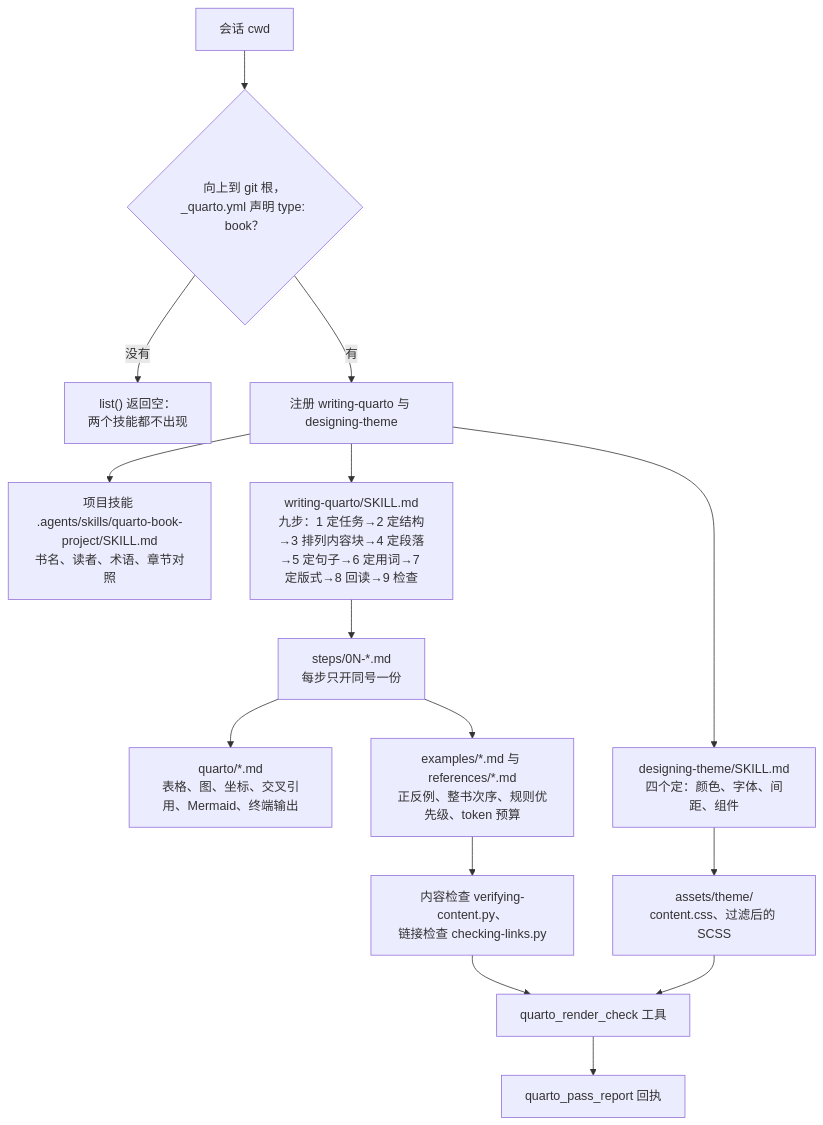
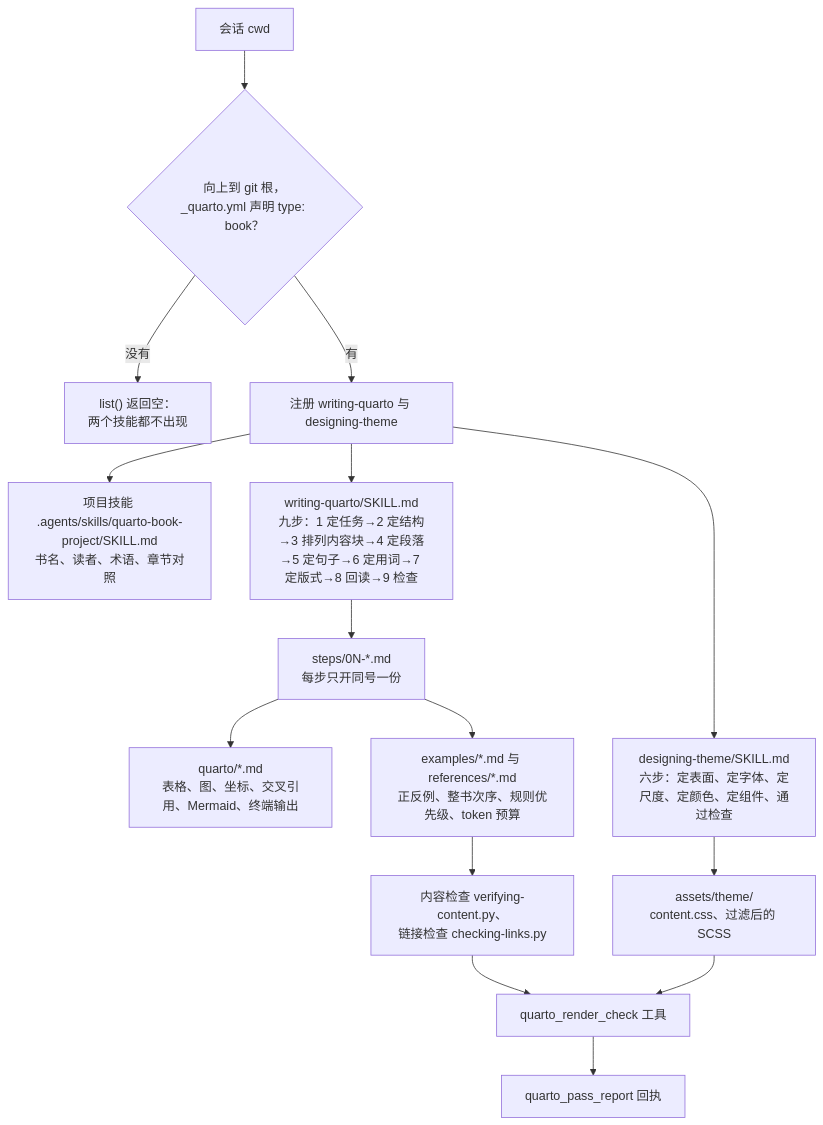
Before and after one commit to chengzhao-dev/dsh-quarto-book: the diagram in docs/architecture.md, drawn with Mermaid. The commit also changed other lines of this file and 32 other files, not shown here.

````diff
--- a/docs/architecture.md
+++ b/docs/architecture.md
@@ -7,17 +7,17 @@
 ```mermaid
 flowchart TD
     A["会话 cwd"] --> B{"向上到 git 根，<br/>_quarto.yml 声明 type: book？"}
     B -- 没有 --> C["list() 返回空：<br/>两个技能都不出现"]
     B -- 有 --> D["注册 writing-quarto 与 designing-theme"]
     D --> E["项目技能 .agents/skills/quarto-book-project/SKILL.md<br/>书名、读者、术语、章节对照"]
     D --> F["writing-quarto/SKILL.md<br/>九步：1 定任务→2 定结构→3 排列内容块→4 定段落→5 定句子→6 定用词→7 定版式→8 回读→9 检查"]
     F --> G["steps/0N-*.md<br/>每步只开同号一份"]
     G --> H["quarto/*.md<br/>表格、图、坐标、交叉引用、Mermaid、终端输出"]
     G --> I["examples/*.md 与 references/*.md<br/>正反例、整书次序、规则优先级、token 预算"]
     I --> J["内容检查 verifying-content.py、<br/>链接检查 checking-links.py"]
-    D --> K["designing-theme/SKILL.md<br/>四个定：颜色、字体、间距、组件"]
+    D --> K["designing-theme/SKILL.md<br/>六步：定表面、定字体、定尺度、定颜色、定组件、通过检查"]
     K --> L["assets/theme/<br/>content.css、过滤后的 SCSS"]
     J --> M["quarto_render_check 工具"]
     L --> M
     M --> N["quarto_pass_report 回执"]
 ```
````
